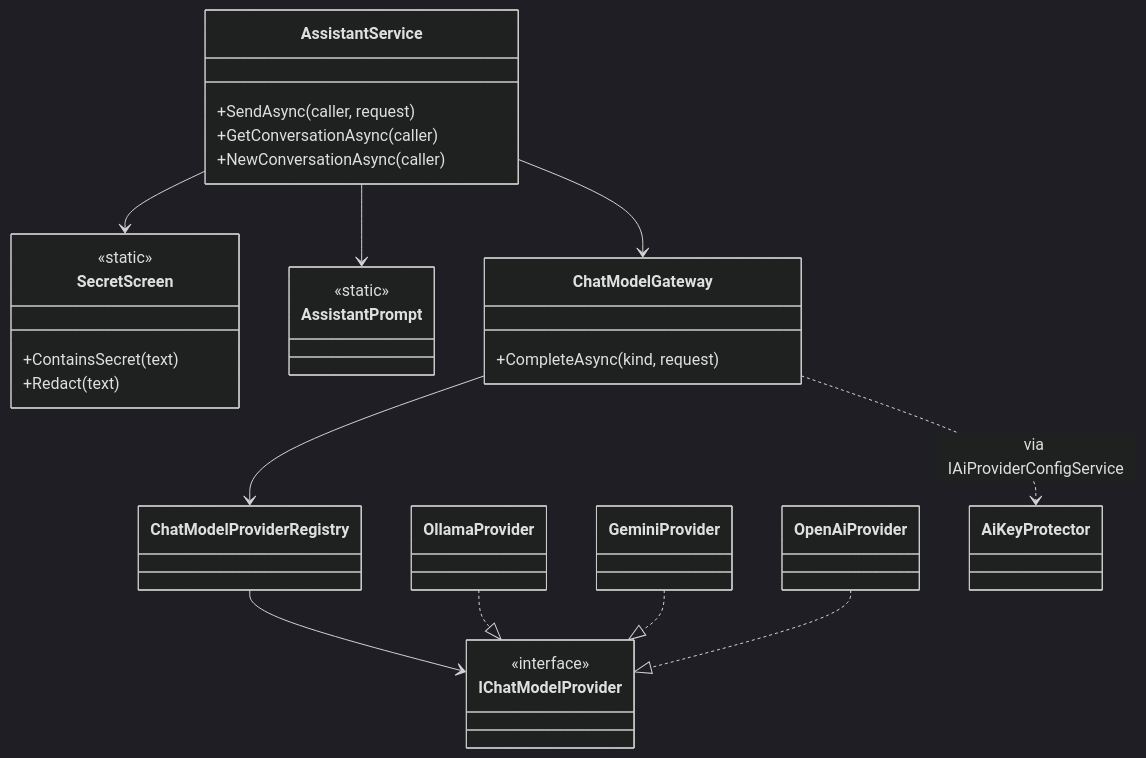
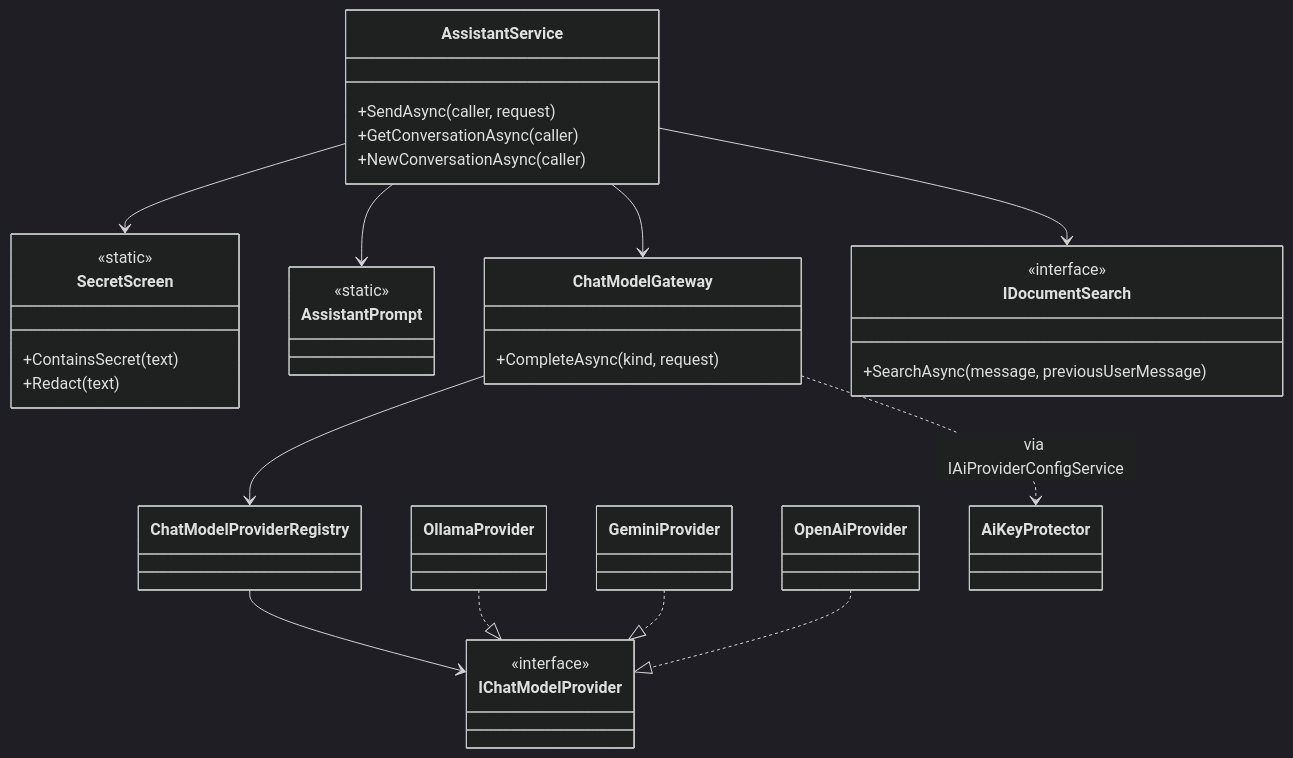
The second of 14 diagrams in TF - Documents/TF - LLD/08-TFA-Assistant/08.1-Assistant/LLD-Assistant.md (jojogeorge3344/TaskFlow-Project), drawn with Mermaid (dark theme) before and after one commit. The commit also changed other lines of this file and 123 other files, not shown here.

````diff
--- a/TF - Documents/TF - LLD/08-TFA-Assistant/08.1-Assistant/LLD-Assistant.md
+++ b/TF - Documents/TF - LLD/08-TFA-Assistant/08.1-Assistant/LLD-Assistant.md
@@ -204,36 +230,41 @@
 ```mermaid
 classDiagram
   class AssistantService {
     +SendAsync(caller, request)
     +GetConversationAsync(caller)
     +NewConversationAsync(caller)
   }
   class SecretScreen {
     <<static>>
     +ContainsSecret(text)
     +Redact(text)
   }
   class AssistantPrompt {
     <<static>>
   }
   class ChatModelGateway {
     +CompleteAsync(kind, request)
   }
   class ChatModelProviderRegistry
   class IChatModelProvider {
     <<interface>>
   }
   class OllamaProvider
   class GeminiProvider
   class OpenAiProvider
   class AiKeyProtector
   AssistantService --> SecretScreen
+  class IDocumentSearch {
+    <<interface>>
+    +SearchAsync(message, previousUserMessage)
+  }
   AssistantService --> AssistantPrompt
+  AssistantService --> IDocumentSearch
   AssistantService --> ChatModelGateway
   ChatModelGateway --> ChatModelProviderRegistry
   ChatModelGateway ..> AiKeyProtector : via IAiProviderConfigService
   ChatModelProviderRegistry --> IChatModelProvider
   OllamaProvider ..|> IChatModelProvider
   GeminiProvider ..|> IChatModelProvider
   OpenAiProvider ..|> IChatModelProvider
 ```
````
